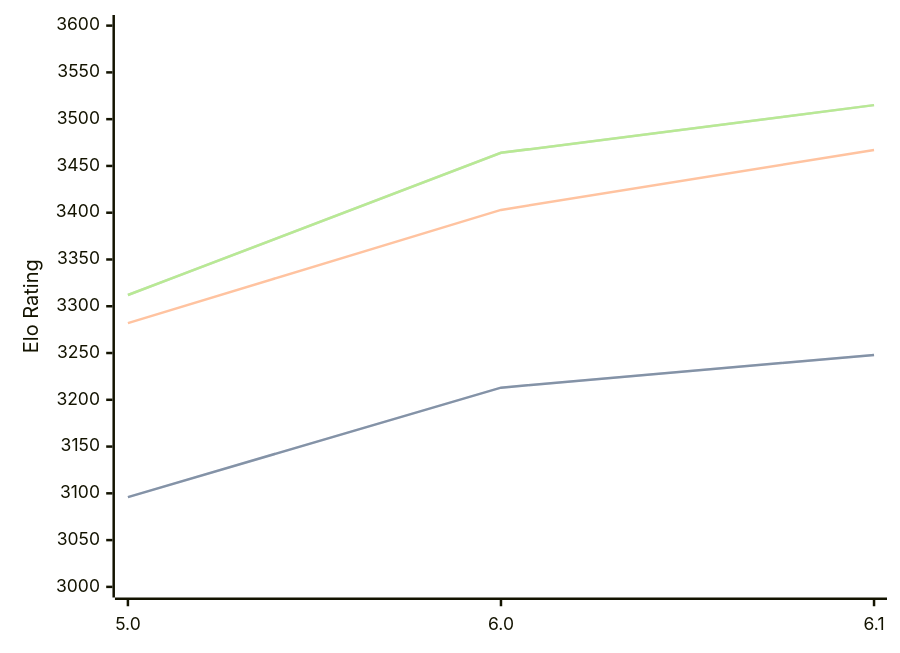
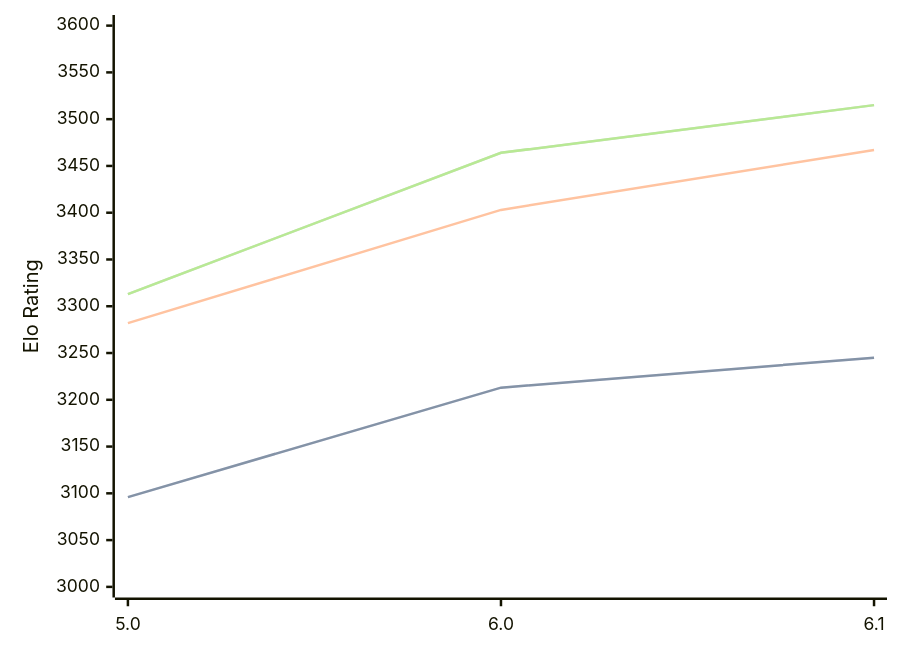
Before and after one commit to computer-chess-index/cci: the diagram in engines/PZChessBot.md, drawn with Mermaid. The commit also changed other lines of this file, not shown here.

Commit message:
Update CCI Ratings (ELO VLTC) - 2026-02-26

````diff
--- a/engines/PZChessBot.md
+++ b/engines/PZChessBot.md
@@ -40,11 +40,11 @@
 ```mermaid
 %%{init: {"theme":"base","themeVariables":{"seriesColors:['#a3a3a3','#222221','#faa371']}}}%%
 xychart-beta
   x-axis ["5.0", "6.0", "6.1"]
   y-axis "Elo Rating" 3000 --> 3600
-  line "STC (8.0+0.08s)" [3096, 3213, 3248]
-  line "STC (8.0+0.08s)" [3096, 3213, 3248]
+  line "STC (8.0+0.08s)" [3096, 3213, 3245]
+  line "STC (8.0+0.08s)" [3096, 3213, 3245]
   line "LTC (60.0+0.60s)" [3282, 3403, 3467]
-  line "VLTC (2m24s+1.12s)" [3312, 3464, 3515]
-  line "VLTC (2m24s+1.12s)" [3312, 3464, 3515]
+  line "VLTC (2m24s+1.12s)" [3313, 3464, 3515]
+  line "VLTC (2m24s+1.12s)" [3313, 3464, 3515]
 ```
````
